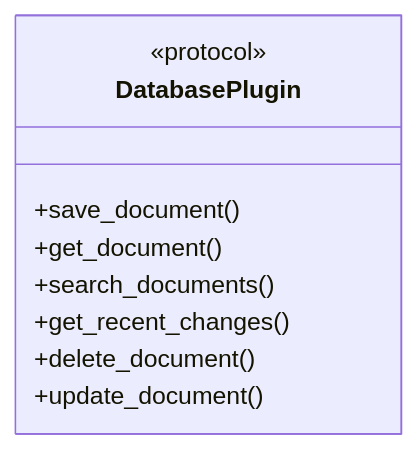
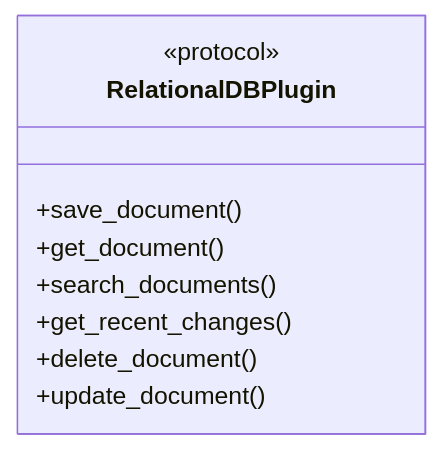
The first of 11 diagrams in docs/architecture.md (Stihotvor/law_by_ai), drawn with Mermaid before and after one commit. The commit also changed other lines of this file and 18 other files, not shown here.

````diff
--- a/docs/architecture.md
+++ b/docs/architecture.md
@@ -53,12 +53,12 @@
 ```mermaid
 classDiagram
-    class DatabasePlugin {
+    class RelationalDBPlugin {
         <<protocol>>
         +save_document()
         +get_document()
         +search_documents()
         +get_recent_changes()
         +delete_document()
         +update_document()
     }
 ```
````
